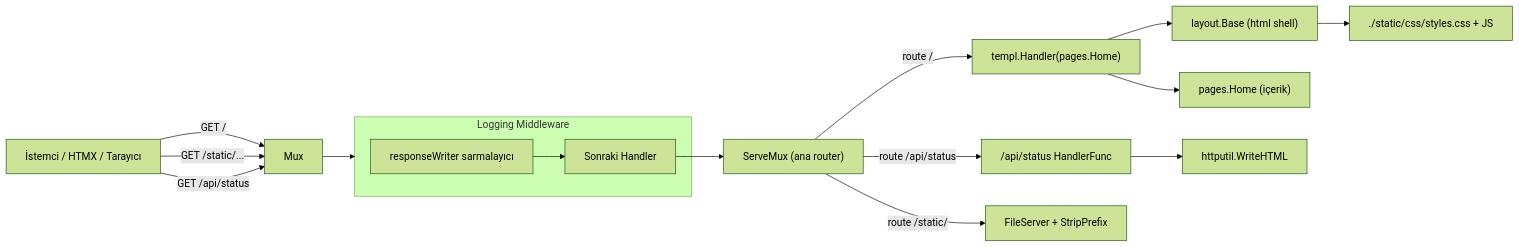
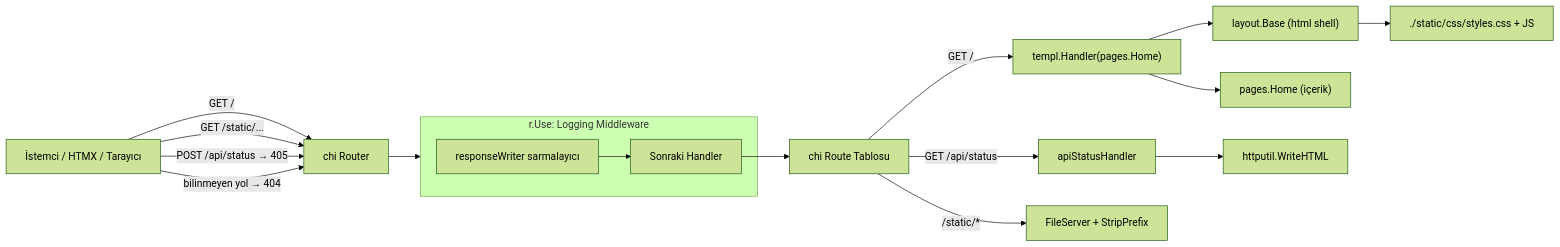
Before and after one commit to ozkansen/ozkansen.com: the diagram in docs/wiki/WebServer.md, drawn with Mermaid (forest theme). The commit also changed other lines of this file and 6 other files, not shown here.

````diff
--- a/docs/wiki/WebServer.md
+++ b/docs/wiki/WebServer.md
@@ -36,22 +36,23 @@
 ```mermaid
 flowchart LR
-    Client[İstemci / HTMX / Tarayıcı] -->|"GET /"| Mux
-    Client -->|"GET /static/..."| Mux
-    Client -->|"GET /api/status"| Mux
+    Client[İstemci / HTMX / Tarayıcı] -->|"GET /"| Chi["chi Router"]
+    Client -->|"GET /static/..."| Chi
+    Client -->|"POST /api/status → 405"| Chi
+    Client -->|"bilinmeyen yol → 404"| Chi
 
-    subgraph LoggerMW [Logging Middleware]
+    subgraph LoggerMW [r.Use: Logging Middleware]
         RW[responseWriter sarmalayıcı] --> Next[Sonraki Handler]
     end
 
-    Mux --> LoggerMW
-    Next --> RouteMux["ServeMux (ana router)"]
+    Chi --> LoggerMW
+    Next --> Routes[chi Route Tablosu]
 
-    RouteMux -->|"route /"| HomeHandler["templ.Handler(pages.Home)"]
-    RouteMux -->|"route /api/status"| APIHandler["/api/status HandlerFunc"]
-    RouteMux -->|"route /static/"| FileServer[FileServer + StripPrefix]
+    Routes -->|"GET /"| HomeHandler["templ.Handler(pages.Home)"]
+    Routes -->|"GET /api/status"| APIHandler["apiStatusHandler"]
+    Routes -->|"/static/*"| FileServer[FileServer + StripPrefix]
 
     HomeHandler --> Base["layout.Base (html shell)"]
     HomeHandler --> HomeComp["pages.Home (içerik)"]
     Base --> Static["./static/css/styles.css + JS"]
     APIHandler --> HTMLUtil["httputil.WriteHTML"]
 ```
````
